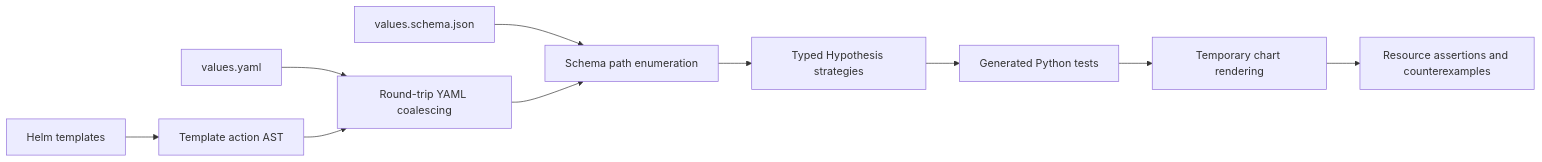
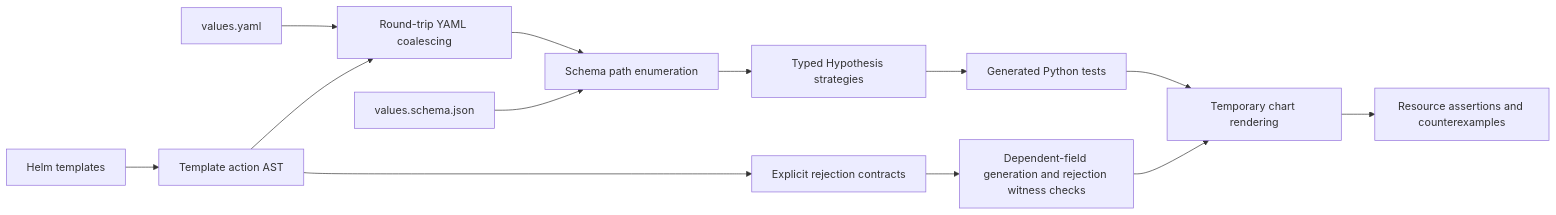
One commit to astrivant/hypothesis-helm changed the diagram in docs/architecture/README.md. Above: the diagram before and after it, drawn with Mermaid. The commit also changed other lines of this file and 2332 other files, not shown here.

````diff
--- a/docs/architecture/README.md
+++ b/docs/architecture/README.md
@@ -5,12 +5,15 @@
 ```mermaid
 flowchart LR
     Values[values.yaml] --> Coalesce[Round-trip YAML coalescing]
     Templates[Helm templates] --> AST[Template action AST]
     AST --> Coalesce
+    AST --> Contracts[Explicit rejection contracts]
     Schema[values.schema.json] --> Paths[Schema path enumeration]
     Coalesce --> Paths
     Paths --> Strategies[Typed Hypothesis strategies]
     Strategies --> Tests[Generated Python tests]
+    Contracts --> Guidance[Dependent-field generation and rejection witness checks]
+    Guidance --> Helm
     Tests --> Helm[Temporary chart rendering]
     Helm --> Assertions[Resource assertions and counterexamples]
 ```
````
